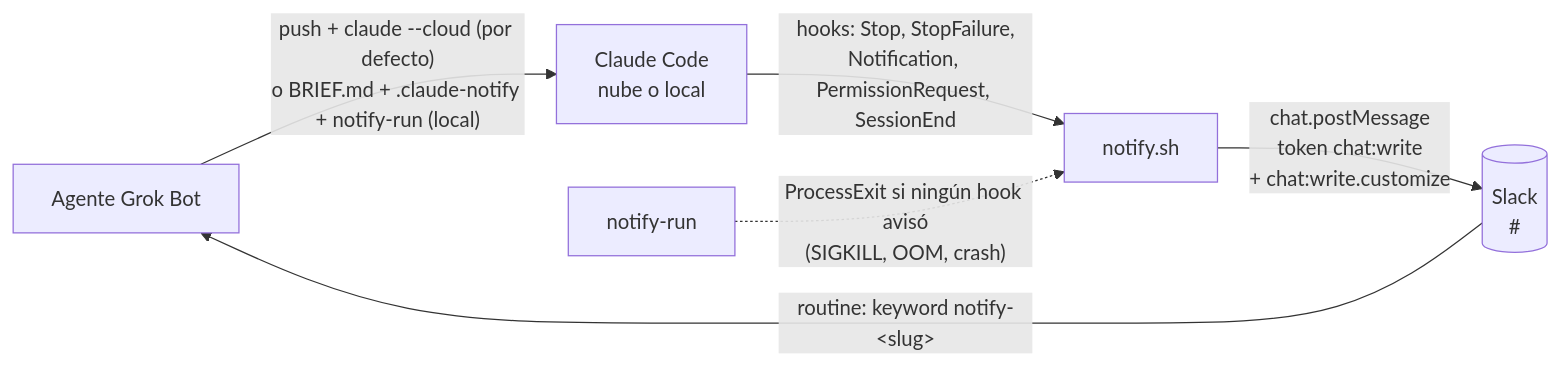
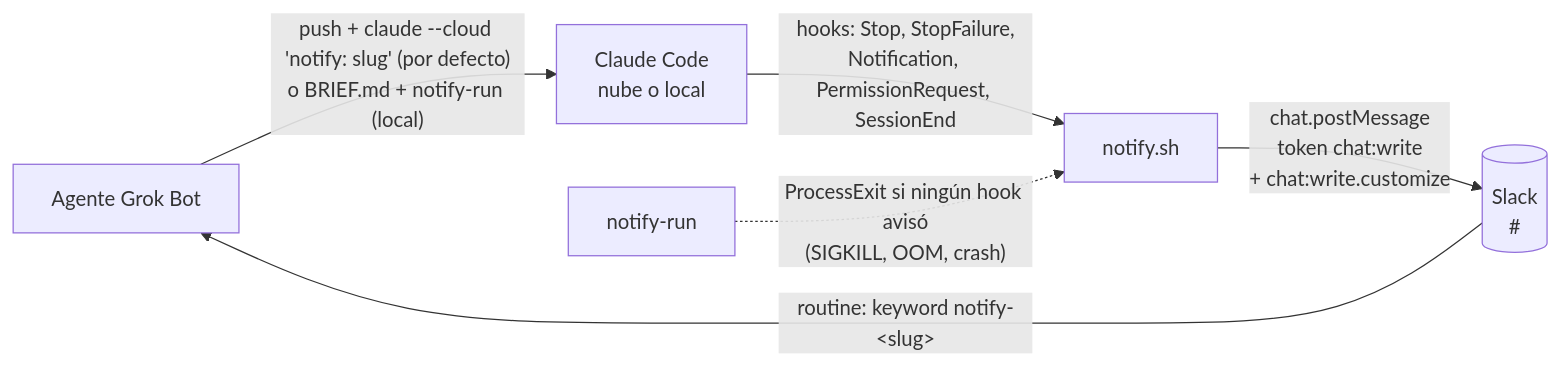
One commit to luck-prg/grokbot-claude-code changed the diagram in README.md. Above: the diagram before and after it, drawn with Mermaid. The commit also changed other lines of this file and 15 other files, not shown here.

First line of the commit message:
feat(notify): agente desde la línea notify: del transcript; tarea desde la rama

````diff
--- a/README.md
+++ b/README.md
@@ -11,8 +11,8 @@
 ```mermaid
 flowchart LR
-  A[Agente Grok Bot] -- "push + claude --cloud (por defecto)<br/>o BRIEF.md + .claude-notify + notify-run (local)" --> C[Claude Code<br/>nube o local]
+  A[Agente Grok Bot] -- "push + claude --cloud 'notify: slug' (por defecto)<br/>o BRIEF.md + notify-run (local)" --> C[Claude Code<br/>nube o local]
   C -- "hooks: Stop, StopFailure,<br/>Notification, PermissionRequest, SessionEnd" --> N[notify.sh]
   W[notify-run] -. "ProcessExit si ningún hook avisó<br/>(SIGKILL, OOM, crash)" .-> N
   N -- "chat.postMessage<br/>token chat:write<br/>+ chat:write.customize" --> S[(Slack<br/>#<canal>)]
   S -- "routine: keyword notify-&lt;slug&gt;" --> A
 ```
````
